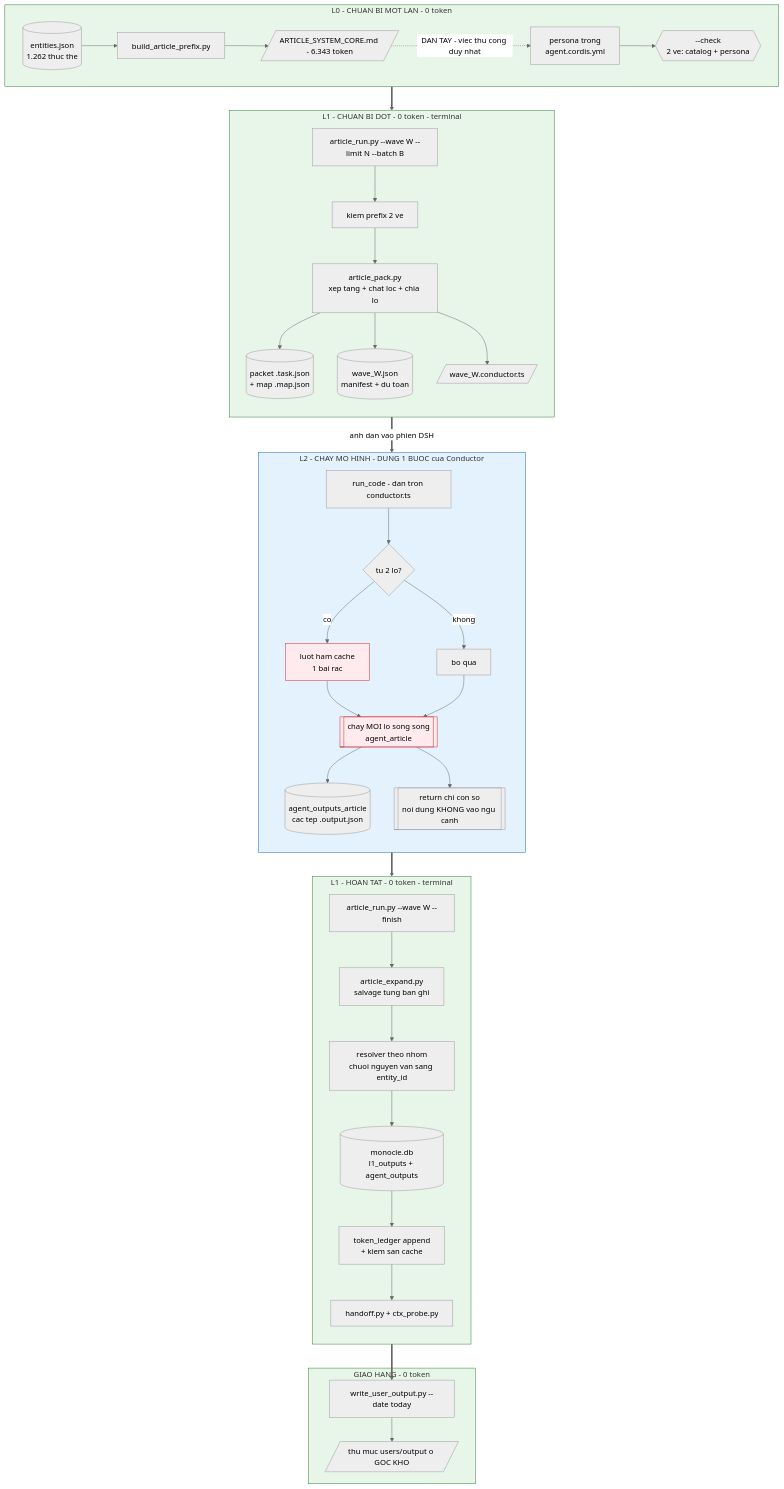
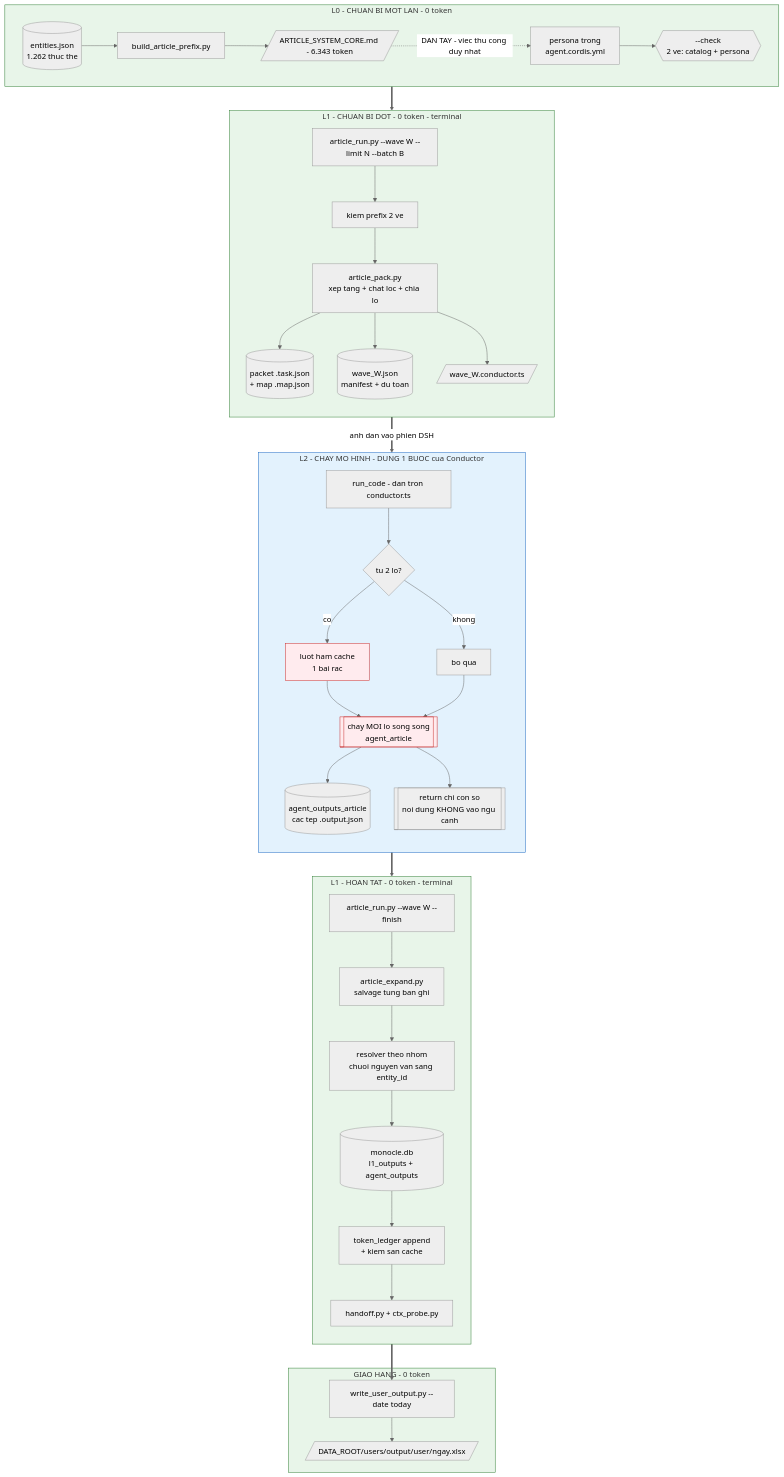
The first of 6 diagrams in .agents/dsh/WORKFLOW-article-lane.md (Tuanan172-py/fts-news-scape), drawn with Mermaid (neutral theme) before and after one commit. The commit also changed other lines of this file and 227 other files, not shown here.

````diff
--- a/.agents/dsh/WORKFLOW-article-lane.md
+++ b/.agents/dsh/WORKFLOW-article-lane.md
@@ -32,55 +32,55 @@
 ```mermaid
 flowchart TB
   subgraph L0["L0 - CHUAN BI MOT LAN - 0 token"]
     direction LR
     CAT[("entities.json<br/>1.262 thuc the")] --> GEN["build_article_prefix.py"]
     GEN --> PFX[/"ARTICLE_SYSTEM_CORE.md - 6.343 token"/]
     PFX -.->|"DAN TAY - viec thu cong duy nhat"| PRESET["persona trong<br/>agent.cordis.yml"]
     PRESET --> CHK{{"--check<br/>2 ve: catalog + persona"}}
   end
 
   subgraph L1A["L1 - CHUAN BI DOT - 0 token - terminal"]
     direction TB
     RUN1["article_run.py --wave W --limit N --batch B"] --> P1["kiem prefix 2 ve"]
     P1 --> P2["article_pack.py<br/>xep tang + chat loc + chia lo"]
     P2 --> ART[("packet .task.json<br/>+ map .map.json")]
     P2 --> MAN[("wave_W.json<br/>manifest + du toan")]
     P2 --> PROG[/"wave_W.conductor.ts"/]
   end
 
   subgraph L2["L2 - CHAY MO HINH - DUNG 1 BUOC cua Conductor"]
     direction TB
     RC["run_code - dan tron conductor.ts"] --> WARM{"tu 2 lo?"}
     WARM -->|"co"| W1["luot ham cache<br/>1 bai rac"]
     WARM -->|"khong"| SKIP["bo qua"]
     W1 --> PAR
     SKIP --> PAR[["chay MOI lo song song<br/>agent_article"]]
     PAR --> OUT[("agent_outputs_article<br/>cac tep .output.json")]
     PAR --> RET[["return chi con so<br/>noi dung KHONG vao ngu canh"]]
   end
 
   subgraph L1B["L1 - HOAN TAT - 0 token - terminal"]
     direction TB
     FIN["article_run.py --wave W --finish"] --> EXP["article_expand.py<br/>salvage tung ban ghi"]
     EXP --> RES["resolver theo nhom<br/>chuoi nguyen van sang entity_id"]
     RES --> DB[("monocle.db<br/>l1_outputs + agent_outputs")]
     DB --> LED["token_ledger append<br/>+ kiem san cache"]
     LED --> HO["handoff.py + ctx_probe.py"]
   end
 
   subgraph L3["GIAO HANG - 0 token"]
-    DEL["write_user_output.py --date today"] --> USR[/"thu muc users/output o GOC KHO"/]
+    DEL["write_user_output.py --date today"] --> USR[/"DATA_ROOT/users/output/user/ngay.xlsx"/]
   end
 
   CHK ==> RUN1
   PROG ==>|"anh dan vao phien DSH"| RC
   OUT ==> FIN
   HO ==> DEL
 
   classDef zero fill:#e8f5e9,stroke:#2e7d32
   classDef cond fill:#e3f2fd,stroke:#1565c0
   classDef work fill:#ffebee,stroke:#c62828
   class L0,L1A,L1B,L3 zero
   class L2 cond
   class PAR,W1 work
 ```
````
